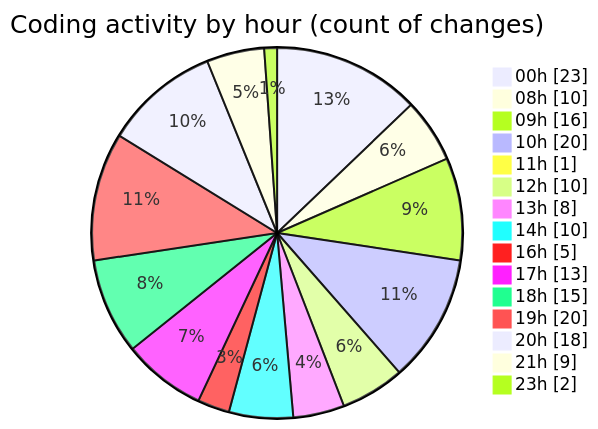
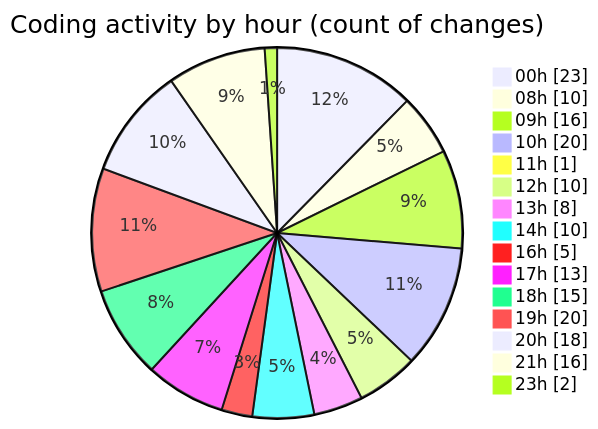
Before and after one commit to Elitesun/code-tracking: the second of 2 diagrams in 2025-05-29/advertise/README.md, drawn with Mermaid. The commit also changed other lines of this file and 1 other file, not shown here.

````diff
--- a/2025-05-29/advertise/README.md
+++ b/2025-05-29/advertise/README.md
@@ -50,19 +50,19 @@
 ```mermaid
 pie showData
 title Coding activity by hour (count of changes)
 "00h" : 23
 "08h" : 10
 "09h" : 16
 "10h" : 20
 "11h" : 1
 "12h" : 10
 "13h" : 8
 "14h" : 10
 "16h" : 5
 "17h" : 13
 "18h" : 15
 "19h" : 20
 "20h" : 18
-"21h" : 9
+"21h" : 16
 "23h" : 2
 ```
````
